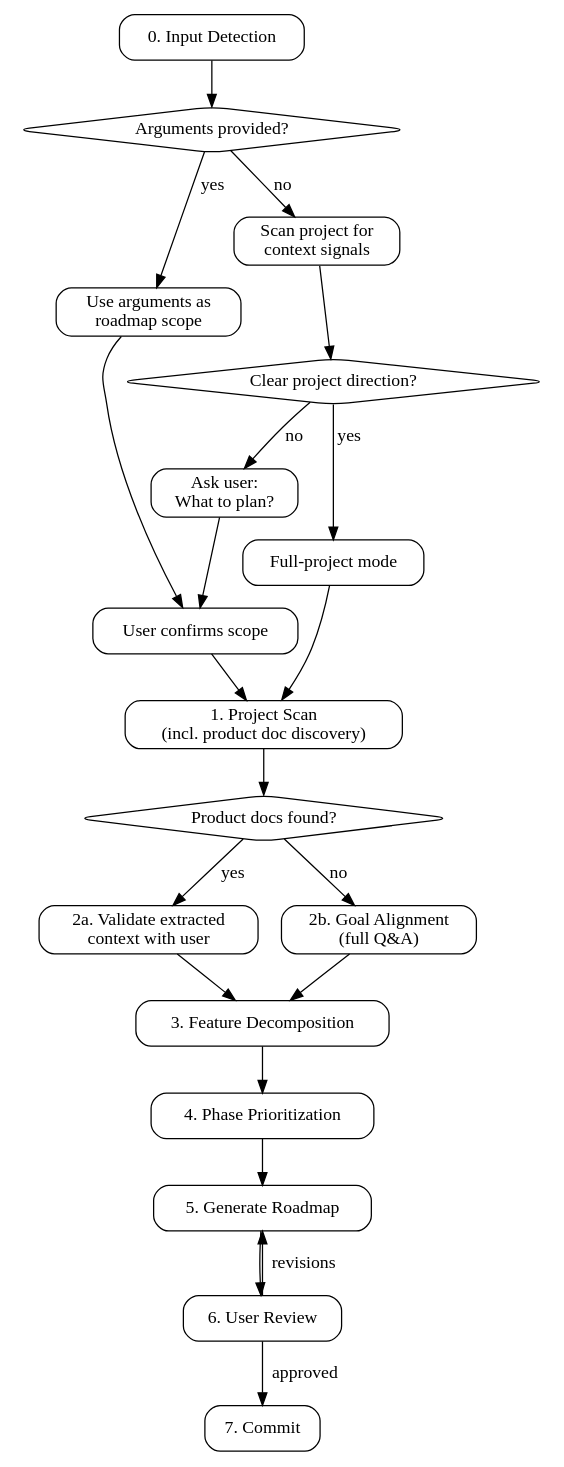
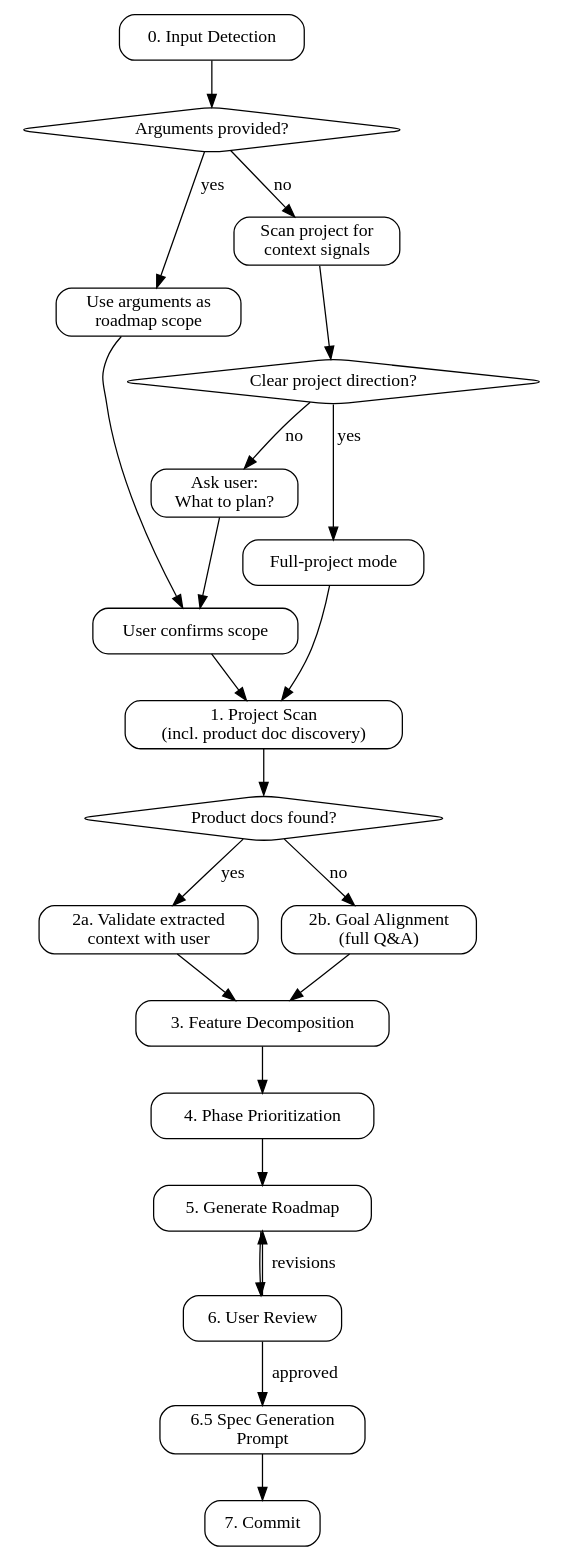
Before and after one commit to litecore-ai/ddd-coding-skills: the diagram in skills/ddd-roadmap/SKILL.md, drawn with Graphviz. The commit also changed other lines of this file, not shown here.

Commit message:
feat(ddd-roadmap): add Step 6.5 spec generation prompt

````diff
--- a/skills/ddd-roadmap/SKILL.md
+++ b/skills/ddd-roadmap/SKILL.md
@@ -29,43 +29,45 @@
 ```dot
 digraph roadmap_flow {
   rankdir=TB;
   node [shape=box, style=rounded];
 
   input [label="0. Input Detection"];
   has_args [label="Arguments provided?" shape=diamond];
   use_scope [label="Use arguments as\nroadmap scope"];
   detect_project [label="Scan project for\ncontext signals"];
   has_context [label="Clear project direction?" shape=diamond];
   full_project [label="Full-project mode"];
   ask_user [label="Ask user:\nWhat to plan?"];
   confirm [label="User confirms scope"];
   scan [label="1. Project Scan\n(incl. product doc discovery)"];
   has_docs [label="Product docs found?" shape=diamond];
   align_validate [label="2a. Validate extracted\ncontext with user"];
   align_ask [label="2b. Goal Alignment\n(full Q&A)"];
   decompose [label="3. Feature Decomposition"];
   prioritize [label="4. Phase Prioritization"];
   generate [label="5. Generate Roadmap"];
   review [label="6. User Review"];
   commit [label="7. Commit"];
 
   input -> has_args;
   has_args -> use_scope [label="yes"];
   has_args -> detect_project [label="no"];
   detect_project -> has_context;
   has_context -> full_project [label="yes"];
   has_context -> ask_user [label="no"];
   use_scope -> confirm;
   full_project -> scan;
   ask_user -> confirm;
   confirm -> scan;
   scan -> has_docs;
   has_docs -> align_validate [label="yes"];
   has_docs -> align_ask [label="no"];
   align_validate -> decompose;
   align_ask -> decompose;
   decompose -> prioritize -> generate -> review;
   review -> generate [label="revisions"];
-  review -> commit [label="approved"];
+  review -> spec_prompt [label="approved"];
+  spec_prompt [label="6.5 Spec Generation\nPrompt"];
+  spec_prompt -> commit;
 }
 ```
````
